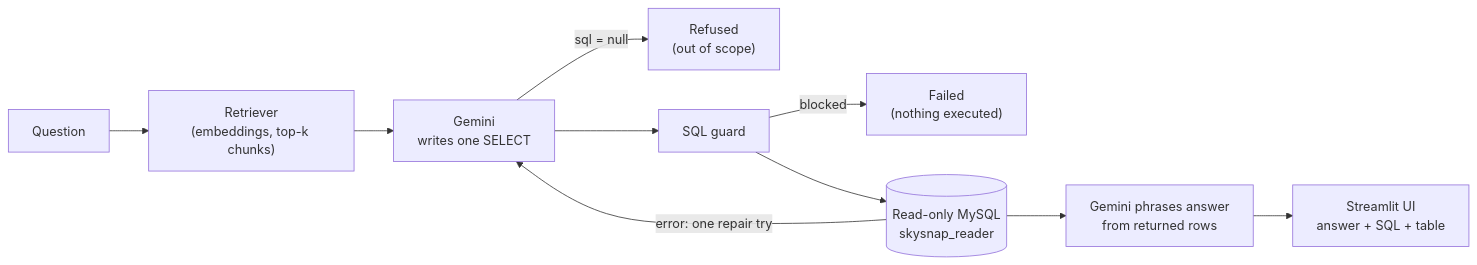
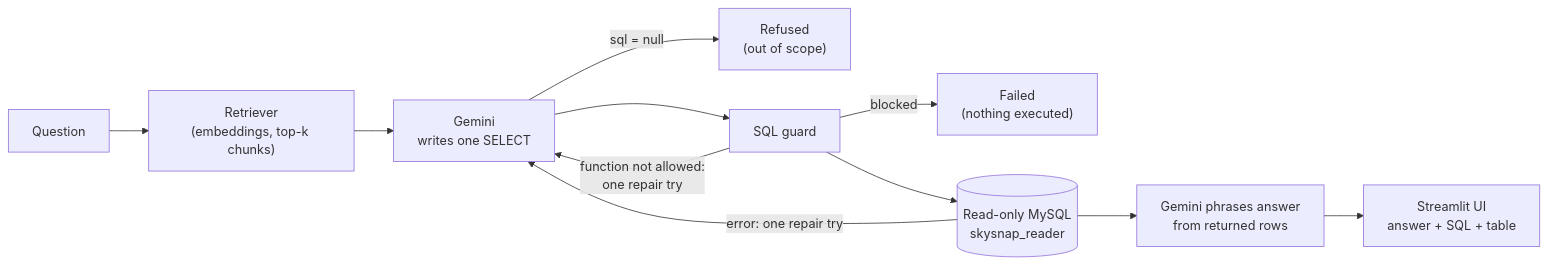
One commit to Rehan038/skysnap-weather-pipeline changed the second of 2 diagrams in README.md. Above: the diagram before and after it, drawn with Mermaid. The commit also changed other lines of this file, not shown here.

````diff
--- a/README.md
+++ b/README.md
@@ -262,12 +262,13 @@
 ```mermaid
 flowchart LR
     Q["Question"] --> R["Retriever<br/>(embeddings, top-k chunks)"]
     R --> G["Gemini<br/>writes one SELECT"]
     G -->|"sql = null"| X["Refused<br/>(out of scope)"]
     G --> S["SQL guard"]
     S -->|"blocked"| F["Failed<br/>(nothing executed)"]
+    S -->|"function not allowed:<br/>one repair try"| G
     S --> M[("Read-only MySQL<br/>skysnap_reader")]
     M -->|"error: one repair try"| G
     M --> A["Gemini phrases answer<br/>from returned rows"]
     A --> UI["Streamlit UI<br/>answer + SQL + table"]
 ```
````
